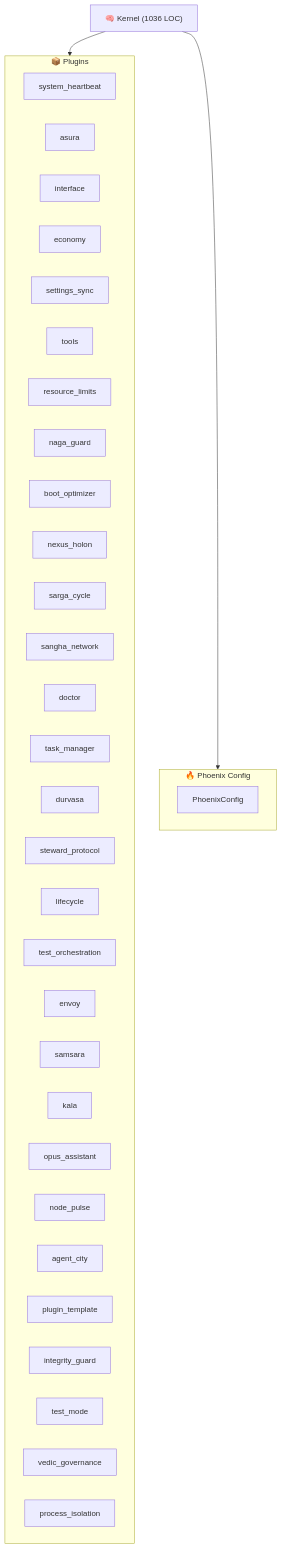
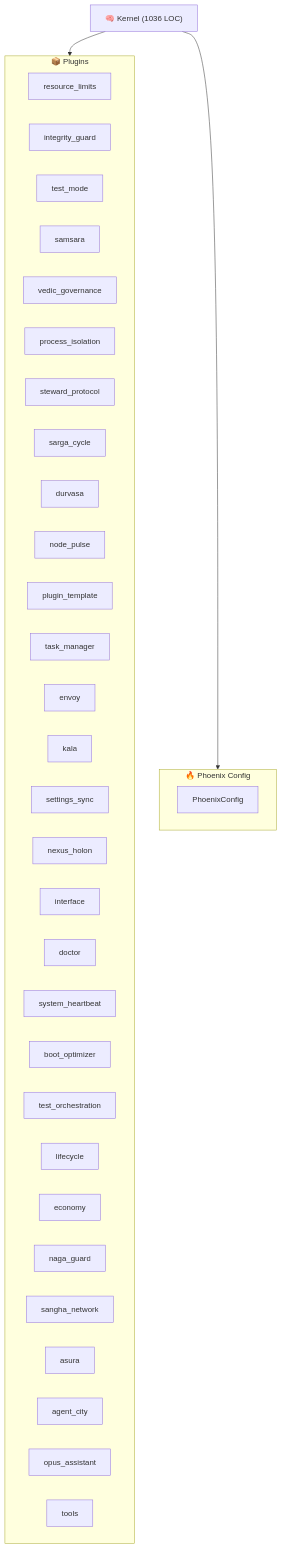
The diagram in ARCHITECTURE.md (kimeisele/steward-protocol), drawn with Mermaid before and after one commit. The commit also changed other lines of this file and 10 other files, not shown here.

````diff
--- a/ARCHITECTURE.md
+++ b/ARCHITECTURE.md
@@ -8,40 +8,40 @@
 ```mermaid
 graph TB
     K["🧠 Kernel (1036 LOC)"]
     subgraph Plugins["📦 Plugins"]
-        P_system_heartbeat["system_heartbeat"]
-        P_asura["asura"]
-        P_interface["interface"]
-        P_economy["economy"]
-        P_settings_sync["settings_sync"]
-        P_tools["tools"]
         P_resource_limits["resource_limits"]
-        P_naga_guard["naga_guard"]
-        P_boot_optimizer["boot_optimizer"]
-        P_nexus_holon["nexus_holon"]
-        P_sarga_cycle["sarga_cycle"]
-        P_sangha_network["sangha_network"]
-        P_doctor["doctor"]
-        P_task_manager["task_manager"]
-        P_durvasa["durvasa"]
-        P_steward_protocol["steward_protocol"]
-        P_lifecycle["lifecycle"]
-        P_test_orchestration["test_orchestration"]
-        P_envoy["envoy"]
-        P_samsara["samsara"]
-        P_kala["kala"]
-        P_opus_assistant["opus_assistant"]
-        P_node_pulse["node_pulse"]
-        P_agent_city["agent_city"]
-        P_plugin_template["plugin_template"]
         P_integrity_guard["integrity_guard"]
         P_test_mode["test_mode"]
+        P_samsara["samsara"]
         P_vedic_governance["vedic_governance"]
         P_process_isolation["process_isolation"]
+        P_steward_protocol["steward_protocol"]
+        P_sarga_cycle["sarga_cycle"]
+        P_durvasa["durvasa"]
+        P_node_pulse["node_pulse"]
+        P_plugin_template["plugin_template"]
+        P_task_manager["task_manager"]
+        P_envoy["envoy"]
+        P_kala["kala"]
+        P_settings_sync["settings_sync"]
+        P_nexus_holon["nexus_holon"]
+        P_interface["interface"]
+        P_doctor["doctor"]
+        P_system_heartbeat["system_heartbeat"]
+        P_boot_optimizer["boot_optimizer"]
+        P_test_orchestration["test_orchestration"]
+        P_lifecycle["lifecycle"]
+        P_economy["economy"]
+        P_naga_guard["naga_guard"]
+        P_sangha_network["sangha_network"]
+        P_asura["asura"]
+        P_agent_city["agent_city"]
+        P_opus_assistant["opus_assistant"]
+        P_tools["tools"]
     end
     K --> Plugins
     subgraph Config["🔥 Phoenix Config"]
         PC[PhoenixConfig]
     end
     K --> Config
 ```
````
